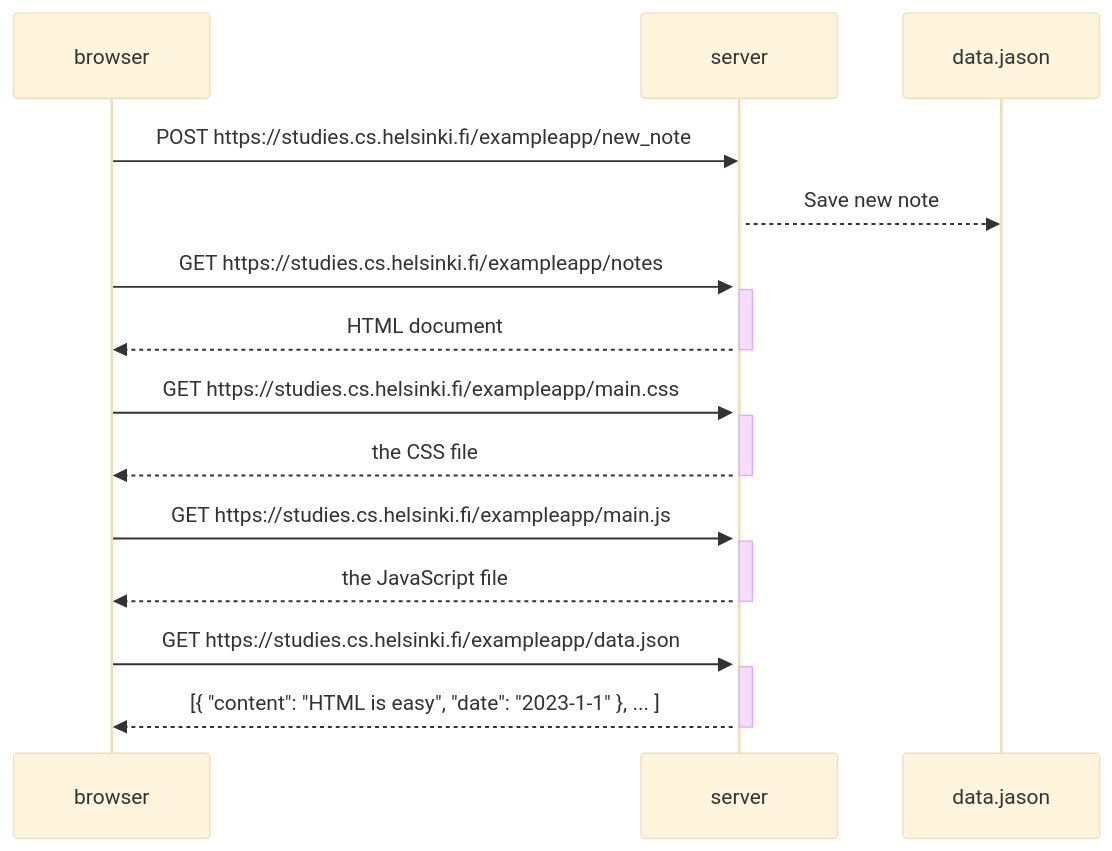
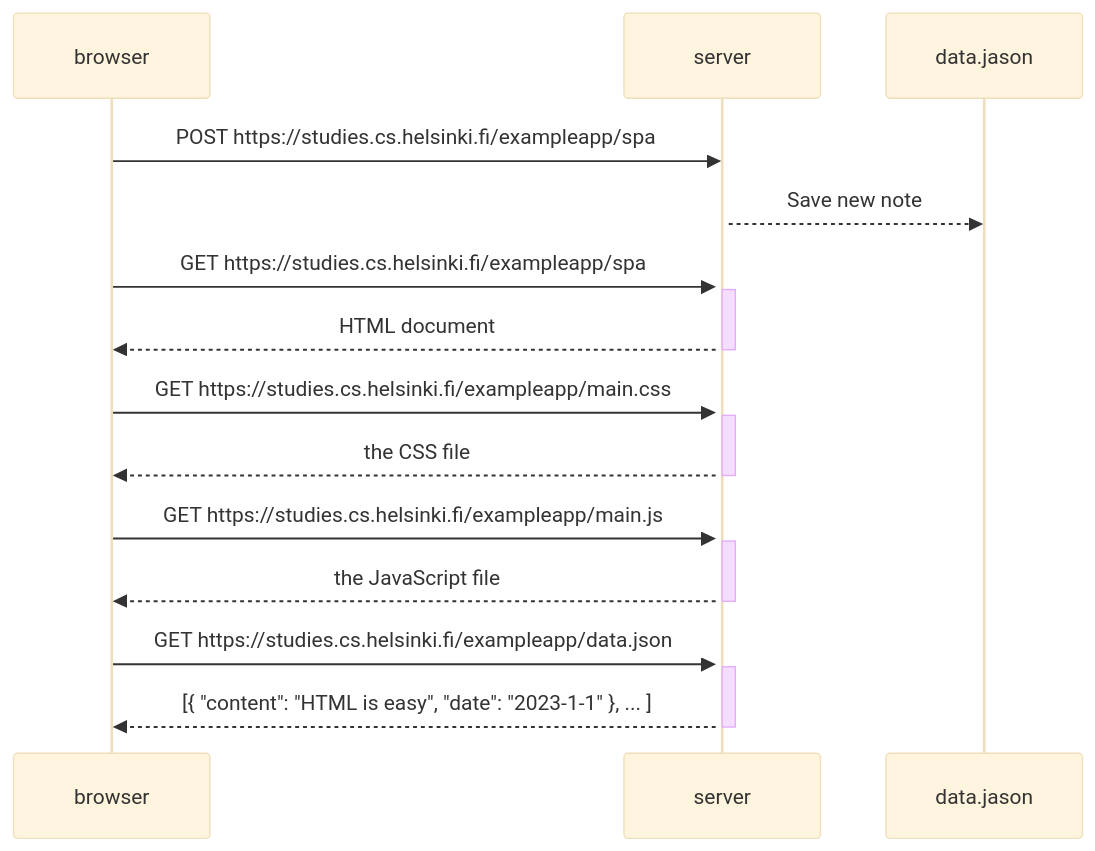
Before and after one commit to Nadim-2022/Full-Stack-Web-Development: the diagram in Part0/exercise 0.6/README.md, drawn with Mermaid (base theme). The commit also changed other lines of this file, not shown here.

````diff
--- a/Part0/exercise 0.6/README.md
+++ b/Part0/exercise 0.6/README.md
@@ -36,29 +36,29 @@
 ```mermaid
 sequenceDiagram
     participant browser
     participant server
     
-    browser->>server: POST https://studies.cs.helsinki.fi/exampleapp/new_note
+    browser->>server: POST https://studies.cs.helsinki.fi/exampleapp/spa
     activate server
     server-->>data.jason: Save new note
 
-    browser->>server: GET https://studies.cs.helsinki.fi/exampleapp/notes
+    browser->>server: GET https://studies.cs.helsinki.fi/exampleapp/spa
     activate server
     server-->>browser: HTML document
     deactivate server
 
     browser->>server: GET https://studies.cs.helsinki.fi/exampleapp/main.css
     activate server
     server-->>browser: the CSS file
     deactivate server
 
     browser->>server: GET https://studies.cs.helsinki.fi/exampleapp/main.js
     activate server
     server-->>browser: the JavaScript file
     deactivate server
     
     browser->>server: GET https://studies.cs.helsinki.fi/exampleapp/data.json
     activate server
     server-->>browser: [{ "content": "HTML is easy", "date": "2023-1-1" }, ... ]
     deactivate server
 ```
````
